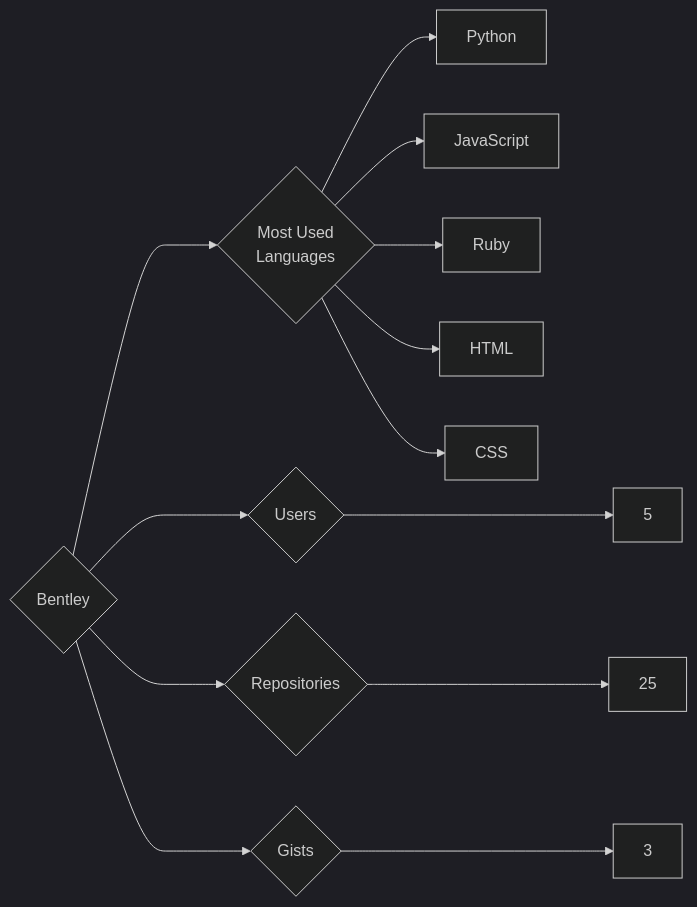
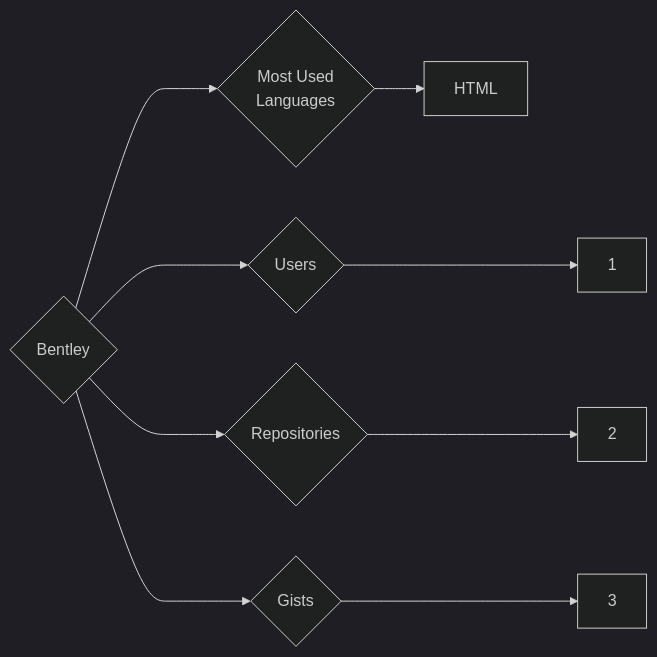
The diagram in targets/Bentley/README.md (trickest/insiders), drawn with Mermaid (dark theme) before and after one commit. The commit also changed 927 other files, not shown here.

````diff
--- a/targets/Bentley/README.md
+++ b/targets/Bentley/README.md
@@ -3,13 +3,9 @@
 ```mermaid
 graph LR
 COMPANY_NAME{Bentley}
-COMPANY_NAME ---> U{Users} ---> UN[5]
-COMPANY_NAME ---> R{Repositories} ---> RN[25]
+COMPANY_NAME ---> U{Users} ---> UN[1]
+COMPANY_NAME ---> R{Repositories} ---> RN[2]
 COMPANY_NAME ---> G{Gists} ---> GN[3]
 COMPANY_NAME ---> ML{Most Used<br>Languages}
-ML --> Python[Python]
-ML --> JavaScript[JavaScript]
-ML --> Ruby[Ruby]
 ML --> HTML[HTML]
-ML --> CSS[CSS]
 ```
````
